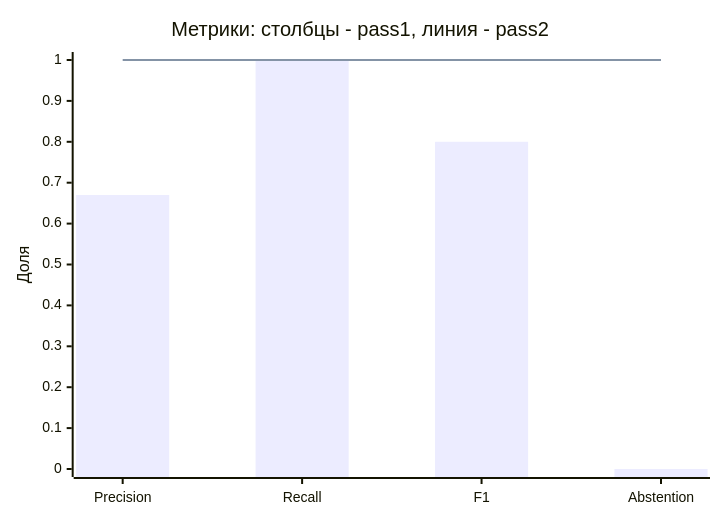
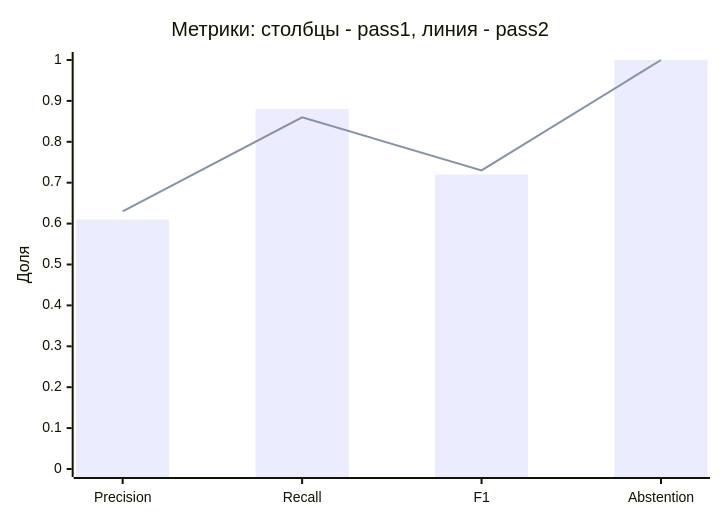
Before and after one commit to larchanka-training/dmc-268-api-t1: the first of 3 diagrams in BENCHMARK_REPORT.md, drawn with Mermaid. The commit also changed other lines of this file, not shown here.

````diff
--- a/BENCHMARK_REPORT.md
+++ b/BENCHMARK_REPORT.md
@@ -42,8 +40,8 @@
 ```mermaid
 xychart-beta
     title "Метрики: столбцы - pass1, линия - pass2"
     x-axis ["Precision", "Recall", "F1", "Abstention"]
     y-axis "Доля" 0 --> 1
-    bar [0.67, 1.00, 0.80, 0.00]
-    line [1.00, 1.00, 1.00, 1.00]
+    bar [0.61, 0.88, 0.72, 1.00]
+    line [0.63, 0.86, 0.73, 1.00]
 ```
````
